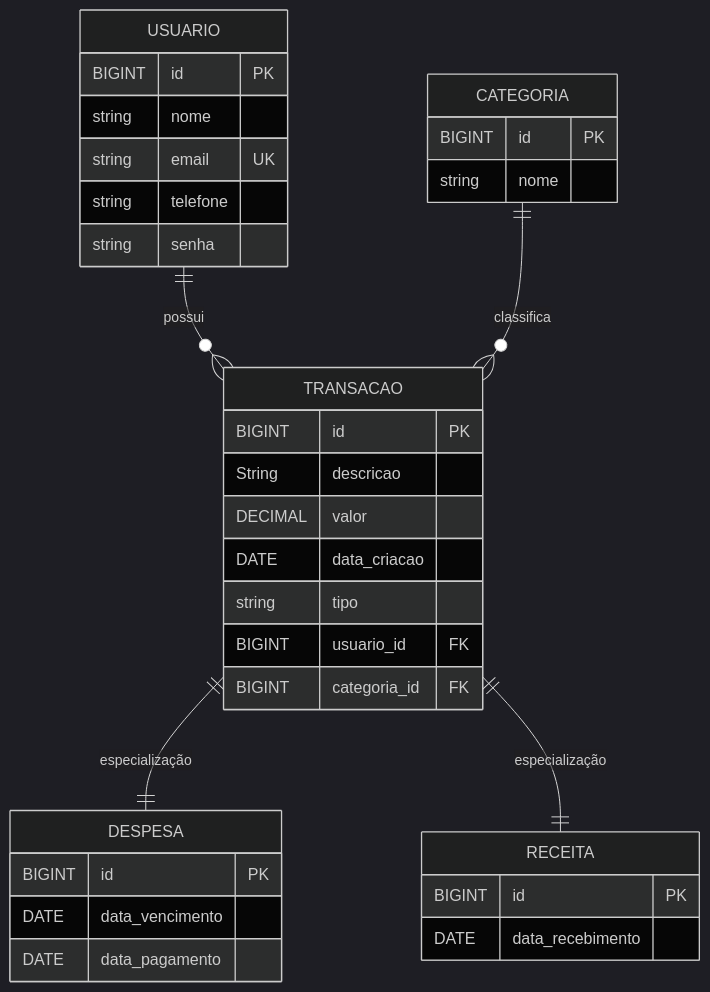
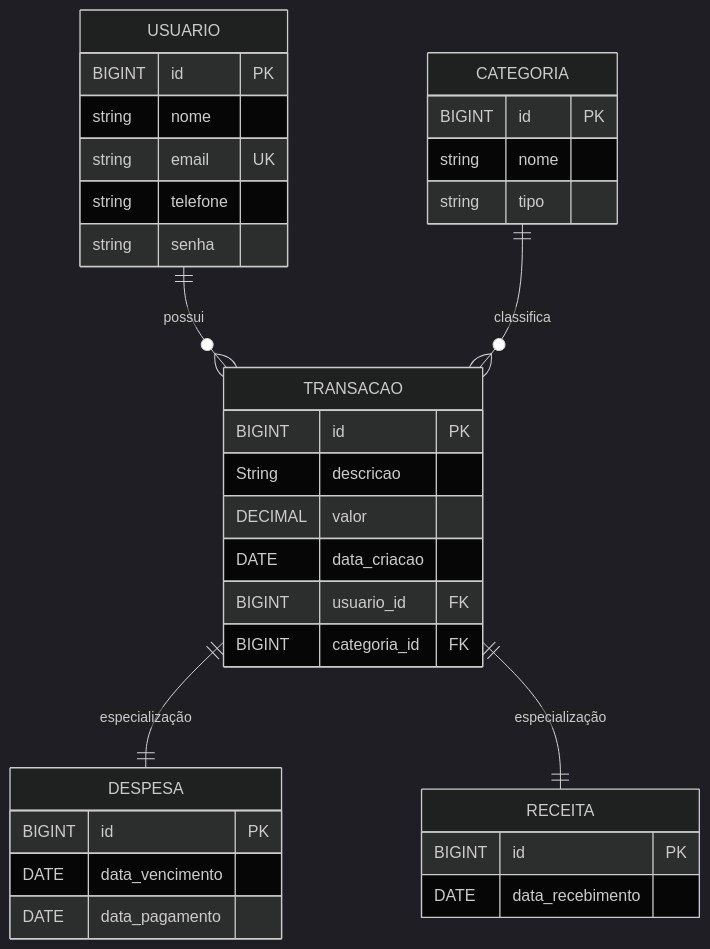
Before and after one commit to AndreOliveiraALO/dio-desafio-api-controle-financeiro-pessoal: the second of 2 diagrams in README.md, drawn with Mermaid (dark theme). The commit also changed other lines of this file, not shown here.

````diff
--- a/README.md
+++ b/README.md
@@ -44,42 +44,42 @@
 ```mermaid
 ---
 config:
   layout: dagre
 ---
 erDiagram
 	direction TB
 	USUARIO {
 		BIGINT id PK ""  
 		string nome  ""  
 		string email UK ""
 		string telefone ""
 		string senha  ""  
 	}
 	TRANSACAO {
 		BIGINT id PK ""  
 		String descricao ""
 		DECIMAL valor  ""  
-		DATE data_criacao  ""  
-		string tipo  ""  
+		DATE data_criacao  ""  		
 		BIGINT usuario_id FK ""  
 		BIGINT categoria_id FK ""  
 	}
 	CATEGORIA {
 		BIGINT id PK ""  
-		string nome  ""  
+		string nome  ""
+		string tipo  ""   
 	}
 	DESPESA {
 		BIGINT id PK ""  
 		DATE data_vencimento  ""  
 		DATE data_pagamento  ""  
 	}
 	RECEITA {
 		BIGINT id PK ""  
 		DATE data_recebimento  ""  
 	}
 	USUARIO||--o{TRANSACAO:"possui"
 	CATEGORIA||--o{TRANSACAO:"classifica"
 	TRANSACAO||--||DESPESA:"especialização"
 	TRANSACAO||--||RECEITA:"especialização"
 
 ```
````
